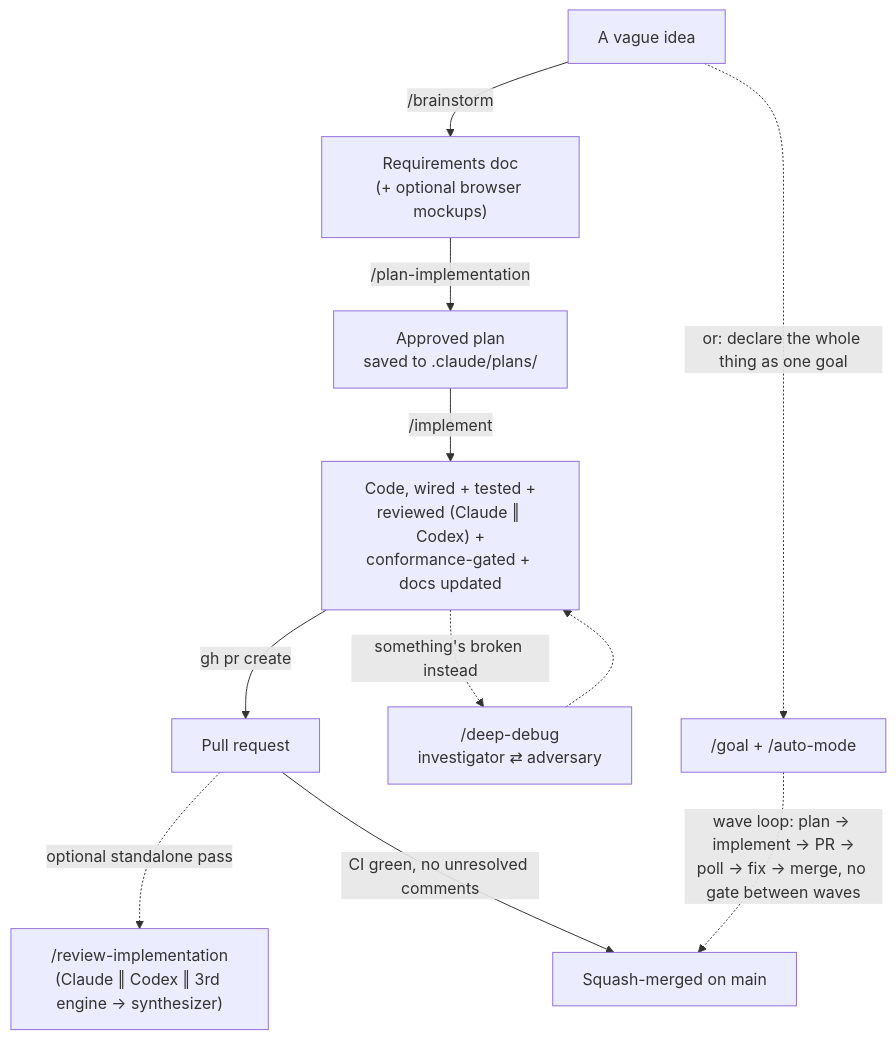
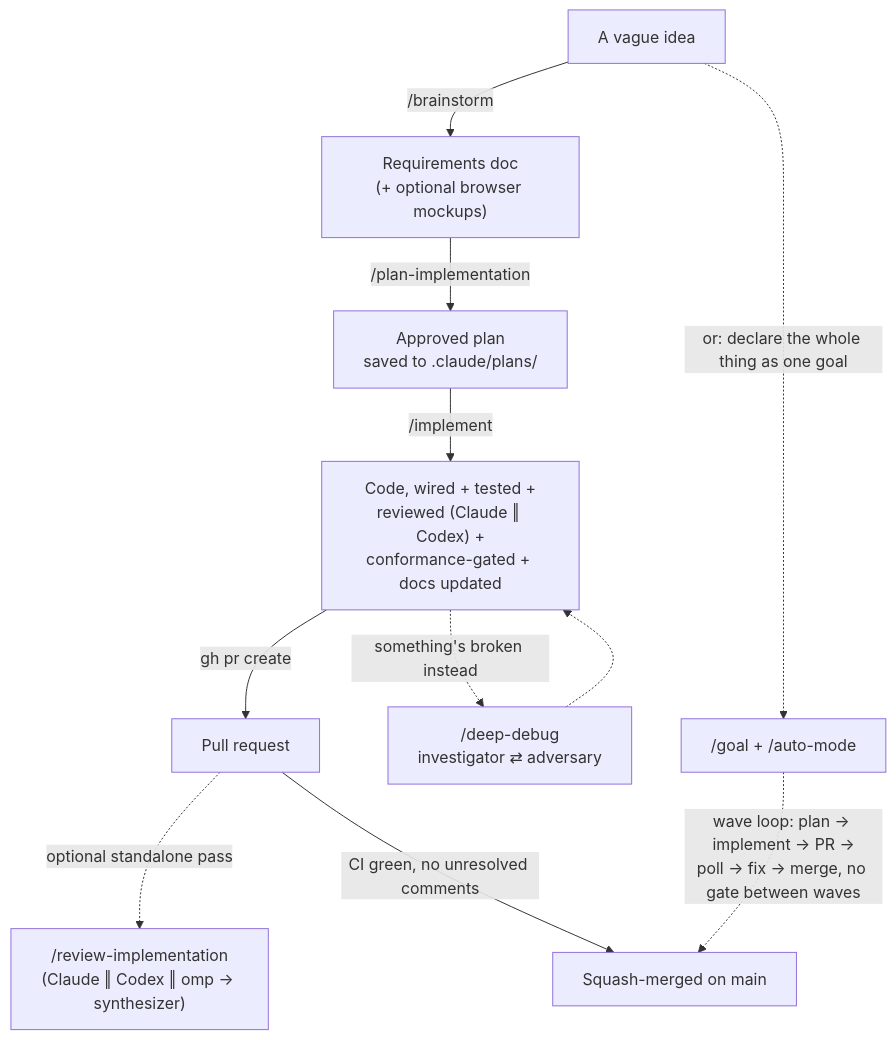
Before and after one commit to nodera-studio/glen: the diagram in .claude/agents/README.md, drawn with Mermaid. The commit also changed other lines of this file and 64 other files, not shown here.

First line of the commit message:
W9: omp in agent-os — omp as a third read-only review and debug engine (#25)

````diff
--- a/.claude/agents/README.md
+++ b/.claude/agents/README.md
@@ -116,15 +116,15 @@
 ```mermaid
 flowchart TD
     IDEA["A vague idea"] -->|"/brainstorm"| REQ["Requirements doc<br/>(+ optional browser mockups)"]
     REQ -->|"/plan-implementation"| PLAN["Approved plan<br/>saved to .claude/plans/"]
     PLAN -->|"/implement"| CODE["Code, wired + tested +<br/>reviewed (Claude ‖ Codex) +<br/>conformance-gated + docs updated"]
     CODE -->|"gh pr create"| PR["Pull request"]
-    PR -.->|"optional standalone pass"| DEEPREV["/review-implementation<br/>(Claude ‖ Codex ‖ 3rd engine → synthesizer)"]
+    PR -.->|"optional standalone pass"| DEEPREV["/review-implementation<br/>(Claude ‖ Codex ‖ omp → synthesizer)"]
     PR -->|"CI green, no unresolved comments"| SHIP["Squash-merged on main"]
 
     IDEA -.->|"or: declare the whole thing as one goal"| GOAL["/goal + /auto-mode"]
     GOAL -.->|"wave loop: plan → implement → PR →<br/>poll → fix → merge, no gate between waves"| SHIP
 
     CODE -.->|"something's broken instead"| DEBUG["/deep-debug<br/>investigator ⇄ adversary"]
     DEBUG -.-> CODE
 ```
````
